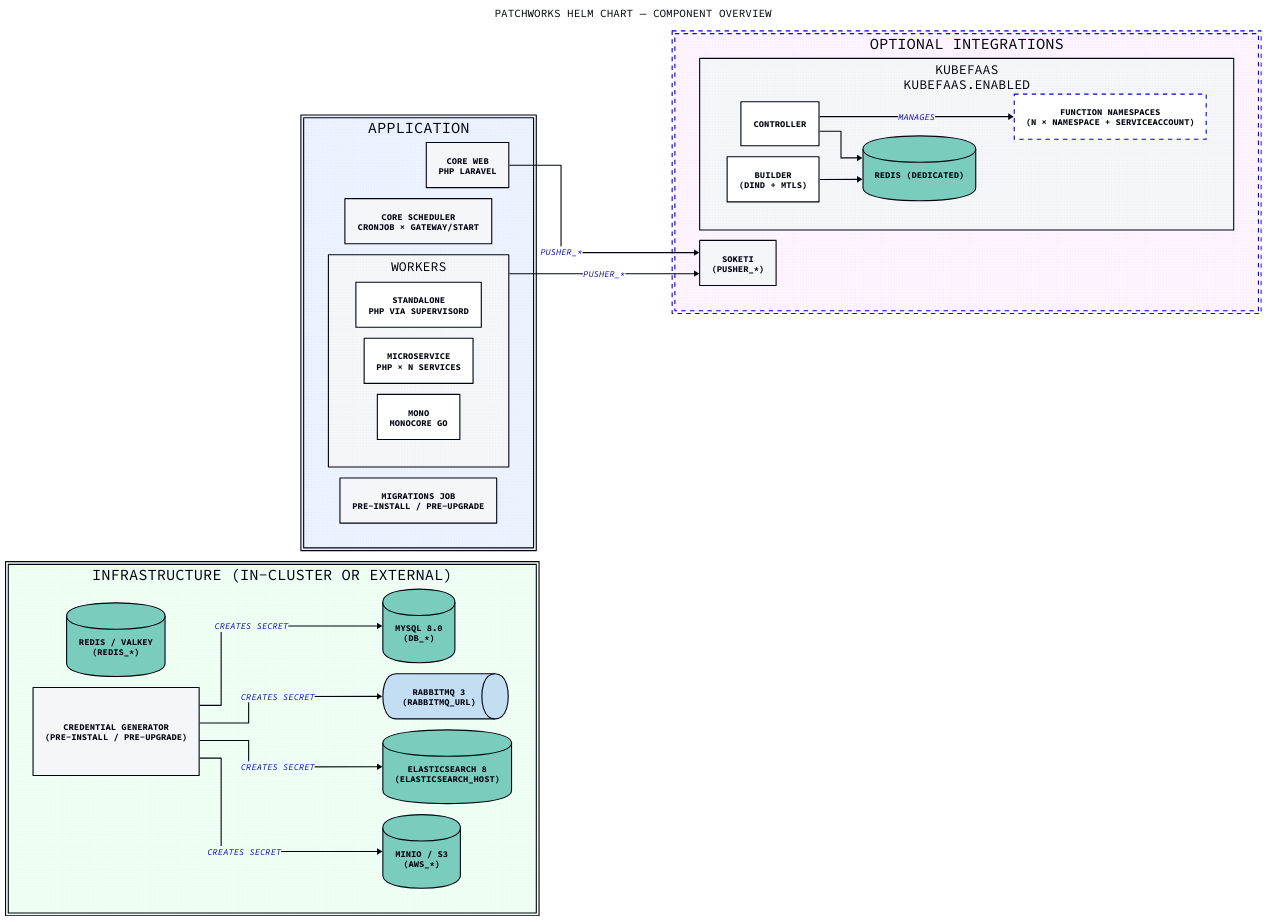
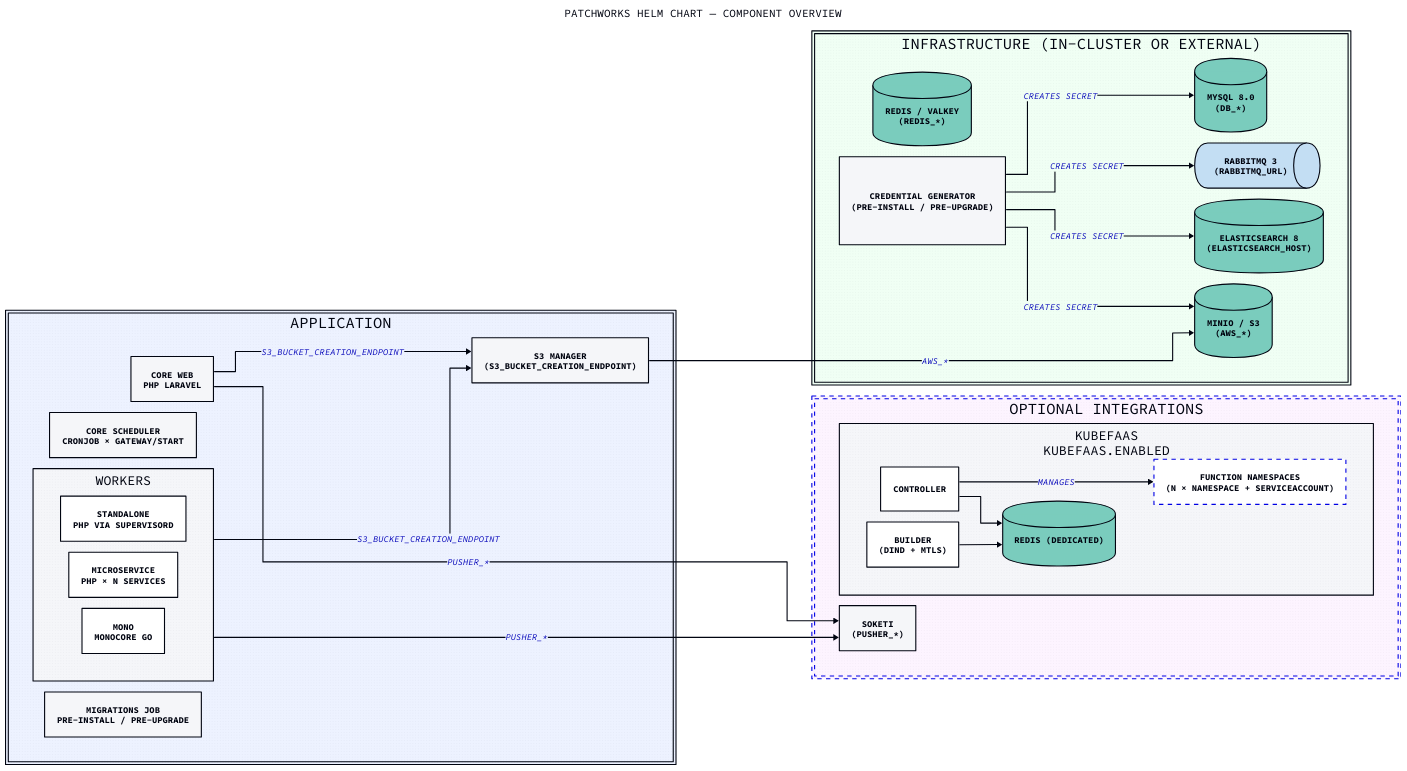
Before and after one commit to gopatchworks/selfhosted: the diagram in docs/chart-overview.d2, drawn with D2. The commit also changed 8 other files, not shown here.

```diff
--- a/docs/chart-overview.d2
+++ b/docs/chart-overview.d2
@@ -1,69 +1,73 @@
 vars: {
   d2-config: {
     layout-engine: elk
     # Terminal theme code
     theme-id: 300
   }
 }
 
 direction: right
 
 title: "Patchworks Helm Chart — Component Overview" {
   shape: text
   near: top-center
   style.font-size: 20
 }
 
 application: Application {
   style.fill: "#EDF2FF"
 
   web: "Core Web\nPHP Laravel" { shape: rectangle }
   scheduler: "Core Scheduler\nCronJob × gateway/start" { shape: rectangle }
+  s3manager: "S3 Manager\n(S3_BUCKET_CREATION_ENDPOINT)" { shape: rectangle }
 
   workers: Workers {
     standalone:   "standalone\nPHP via supervisord" { shape: rectangle }
     microservice: "microservice\nPHP × N services"  { shape: rectangle }
     mono:         "mono\nMonocore Go"               { shape: rectangle }
   }
 
   migrations: "Migrations Job\npre-install / pre-upgrade" { shape: rectangle }
 }
 
 infra: "Infrastructure (in-cluster or external)" {
   style.fill: "#F0FFF4"
 
   mysql:         "MySQL 8.0\n(DB_*)"                     { shape: cylinder }
   redis:         "Redis / Valkey\n(REDIS_*)"              { shape: cylinder }
   rabbitmq:      "RabbitMQ 3\n(RABBITMQ_URL)"             { shape: queue    }
   elasticsearch: "Elasticsearch 8\n(ELASTICSEARCH_HOST)"  { shape: cylinder }
   s3:            "MinIO / S3\n(AWS_*)"                    { shape: cylinder }
   credentials:   "Credential Generator\n(pre-install / pre-upgrade)" { shape: rectangle }
 
   credentials -> mysql: creates Secret
   credentials -> rabbitmq: creates Secret
   credentials -> elasticsearch: creates Secret
   credentials -> s3: creates Secret
 }
 
 optional: "Optional Integrations" {
   style.fill: "#FDF4FF"
   style.stroke-dash: 4
 
   kubefaas: "KubeFaaS\nkubefaas.enabled" {
     controller: Controller { shape: rectangle }
     builder:    "Builder\n(dind + mTLS)"   { shape: rectangle }
     kfredis:    "Redis (dedicated)"        { shape: cylinder }
     functions:  "Function Namespaces\n(N × Namespace + ServiceAccount)" {
       shape: rectangle
       style.stroke-dash: 4
     }
     controller -> kfredis
     builder    -> kfredis
     controller -> functions: manages
   }
 
   soketi: "Soketi\n(PUSHER_*)" { shape: rectangle }
 }
 
 application.web -> optional.soketi: PUSHER_*
 application.workers -> optional.soketi: PUSHER_*
+application.web -> application.s3manager: S3_BUCKET_CREATION_ENDPOINT
+application.workers -> application.s3manager: S3_BUCKET_CREATION_ENDPOINT
+application.s3manager -> infra.s3: AWS_*
```
